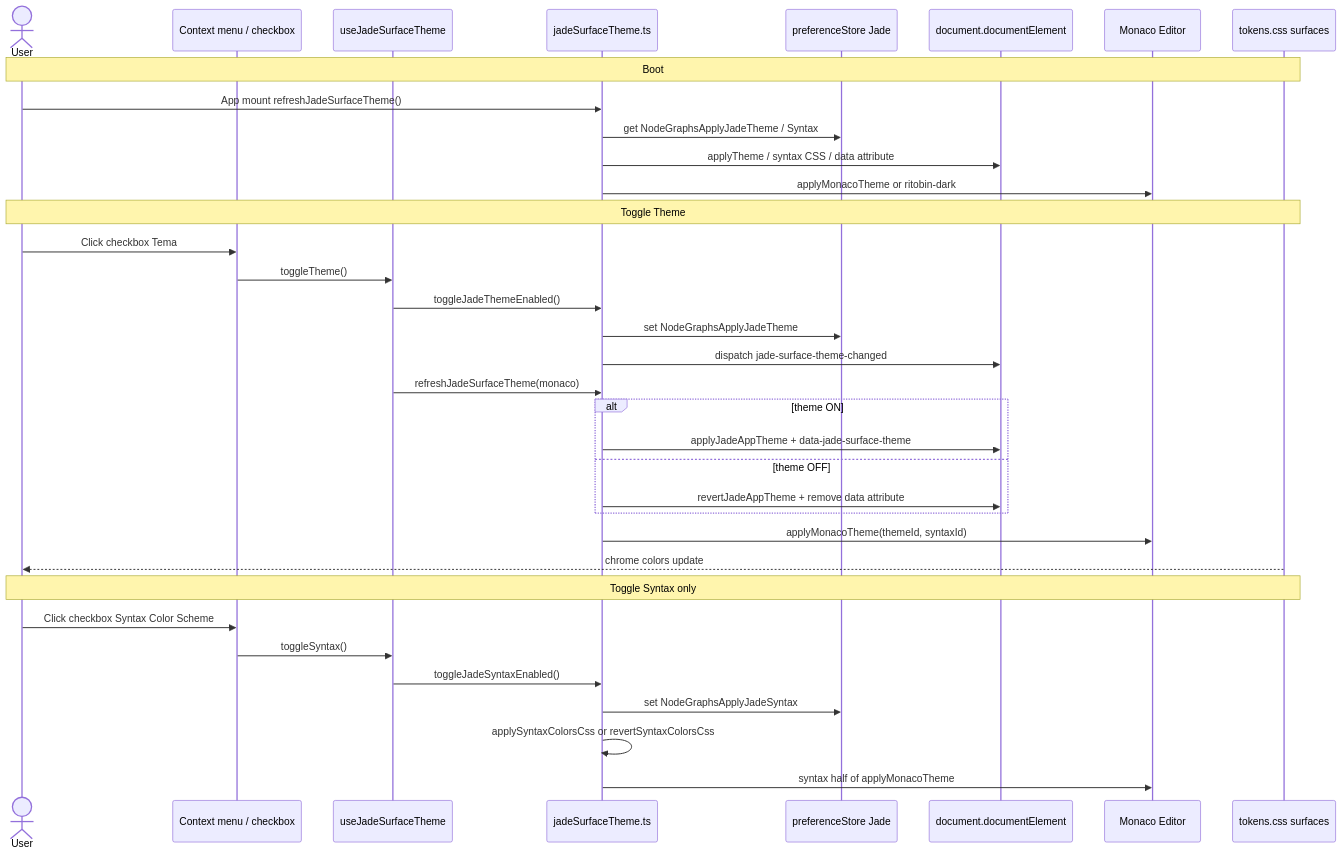
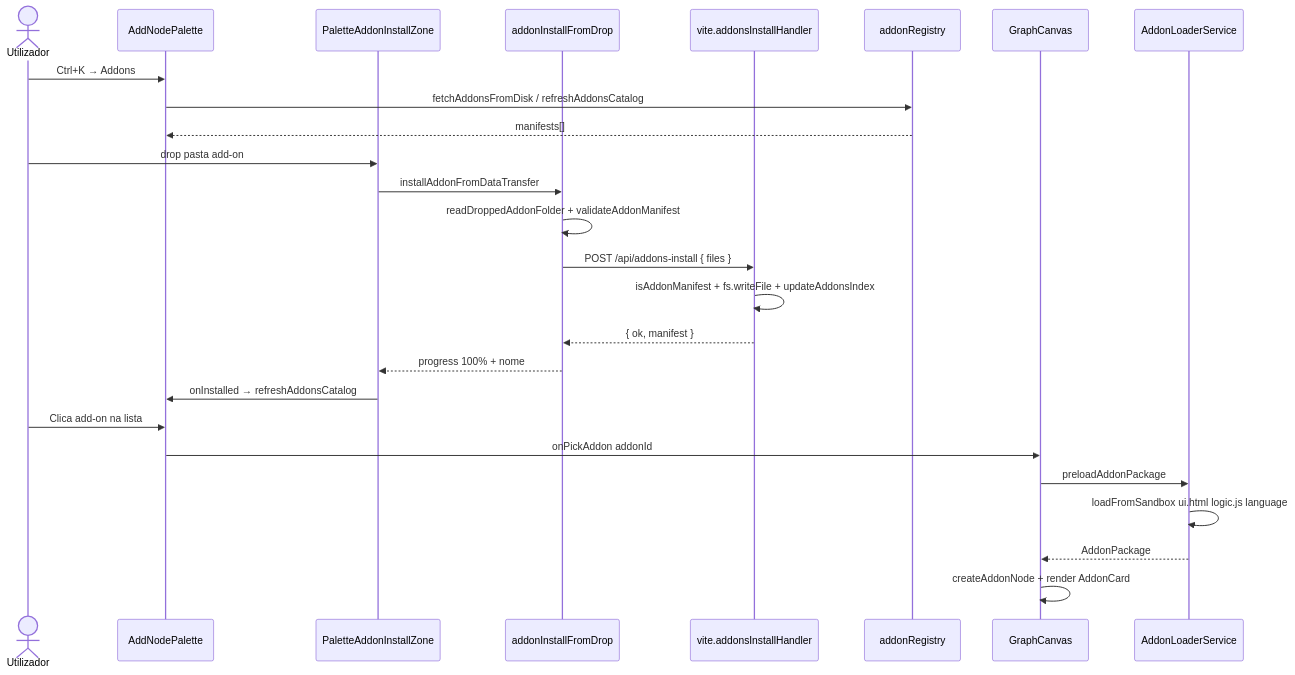
One commit to JunioCesar96/Node-Graphs-League-of-Legends changed the second of 2 diagrams in README.md. Above: the diagram before and after it, drawn with Mermaid. The commit also changed other lines of this file and 1 other file, not shown here.

Commit message:
docs: alinhar README e feature doc com addon-palette-install (d037948)

````diff
--- a/README.md
+++ b/README.md
@@ -92,40 +81,31 @@
 ```mermaid
 sequenceDiagram
-  actor U as User
-  participant CM as Context menu / checkbox
-  participant Hook as useJadeSurfaceTheme
-  participant Core as jadeSurfaceTheme.ts
-  participant Prefs as preferenceStore Jade
-  participant DOM as document.documentElement
-  participant Monaco as Monaco Editor
-  participant CSS as tokens.css surfaces
+  actor U as Utilizador
+  participant Pal as AddNodePalette
+  participant Zone as PaletteAddonInstallZone
+  participant Drop as addonInstallFromDrop
+  participant API as vite.addonsInstallHandler
+  participant Reg as addonRegistry
+  participant GC as GraphCanvas
+  participant Loader as AddonLoaderService
 
-  Note over U,CSS: Boot
-  U->>Core: App mount refreshJadeSurfaceTheme()
-  Core->>Prefs: get NodeGraphsApplyJadeTheme / Syntax
-  Core->>DOM: applyTheme / syntax CSS / data attribute
-  Core->>Monaco: applyMonacoTheme or ritobin-dark
+  U->>Pal: Ctrl+K → Addons
+  Pal->>Reg: fetchAddonsFromDisk / refreshAddonsCatalog
+  Reg-->>Pal: manifests[]
 
-  Note over U,CSS: Toggle Theme
-  U->>CM: Click checkbox Tema
-  CM->>Hook: toggleTheme()
-  Hook->>Core: toggleJadeThemeEnabled()
-  Core->>Prefs: set NodeGraphsApplyJadeTheme
-  Core->>DOM: dispatch jade-surface-theme-changed
-  Hook->>Core: refreshJadeSurfaceTheme(monaco)
-  alt theme ON
-    Core->>DOM: applyJadeAppTheme + data-jade-surface-theme
-  else theme OFF
-    Core->>DOM: revertJadeAppTheme + remove data attribute
-  end
-  Core->>Monaco: applyMonacoTheme(themeId, syntaxId)
-  CSS-->>U: chrome colors update
+  U->>Zone: drop pasta add-on
+  Zone->>Drop: installAddonFromDataTransfer
+  Drop->>Drop: readDroppedAddonFolder + validateAddonManifest
+  Drop->>API: POST /api/addons-install { files }
+  API->>API: isAddonManifest + fs.writeFile + updateAddonsIndex
+  API-->>Drop: { ok, manifest }
+  Drop-->>Zone: progress 100% + nome
+  Zone->>Pal: onInstalled → refreshAddonsCatalog
 
-  Note over U,CSS: Toggle Syntax only
-  U->>CM: Click checkbox Syntax Color Scheme
-  CM->>Hook: toggleSyntax()
-  Hook->>Core: toggleJadeSyntaxEnabled()
-  Core->>Prefs: set NodeGraphsApplyJadeSyntax
-  Core->>Core: applySyntaxColorsCss or revertSyntaxColorsCss
-  Core->>Monaco: syntax half of applyMonacoTheme
+  U->>Pal: Clica add-on na lista
+  Pal->>GC: onPickAddon addonId
+  GC->>Loader: preloadAddonPackage
+  Loader->>Loader: loadFromSandbox ui.html logic.js language
+  Loader-->>GC: AddonPackage
+  GC->>GC: createAddonNode + render AddonCard
 ```
````
